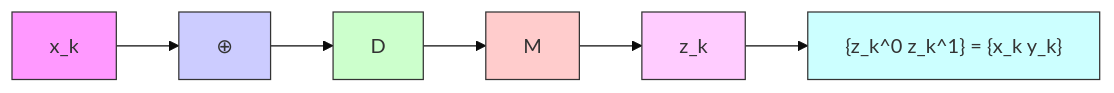
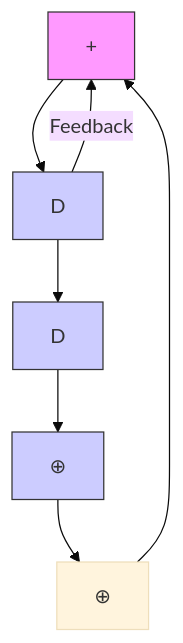
The fourth of 6 diagrams in chinese_final/chapter_2.md (Ken-Leo/HDD3-Volume-III), drawn with Mermaid (base theme) before and after one commit. The commit also changed other lines of this file and 1 other file, not shown here.

````diff
--- a/chinese_final/chapter_2.md
+++ b/chinese_final/chapter_2.md
@@ -550,14 +314,13 @@
 ```mermaid
-graph LR
-    A["x_k"] --> B["⊕"]
+graph TD
+    A["+"] --> B["D"]
     B --> C["D"]
-    C --> D["M"]
-    D --> E["z_k"]
-    E --> F["{z_k^0 z_k^1} = {x_k y_k}"]
+    C --> D["⊕"]
+    D --> E["⊕"]
+    E --> A
+    B -->|Feedback| A
     style A fill:#f9f,stroke:#333
     style B fill:#ccf,stroke:#333
-    style C fill:#cfc,stroke:#333
-    style D fill:#fcc,stroke:#333
-    style E fill:#fcf,stroke:#333
-    style F fill:#cff,stroke:#333
+    style C fill:#ccf,stroke:#333
+    style D fill:#ccf,stroke:#333
 ```
````
